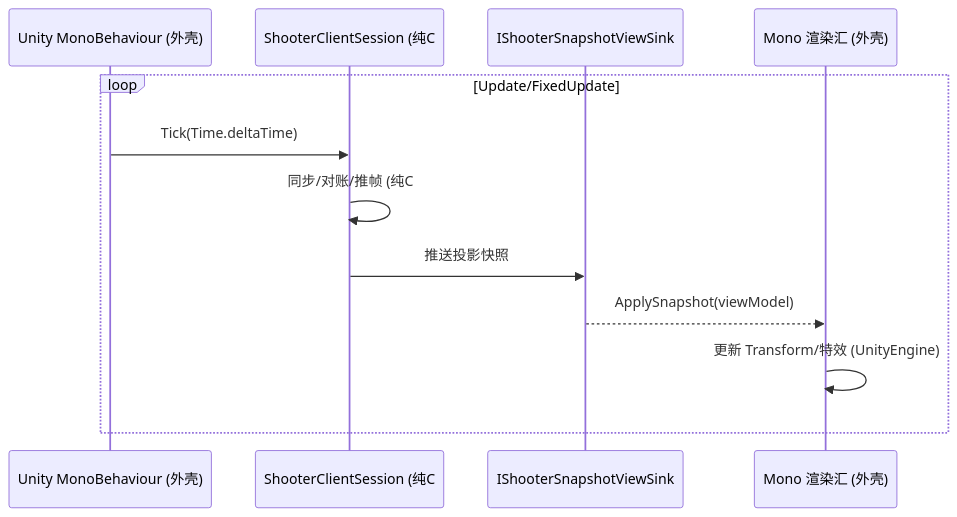
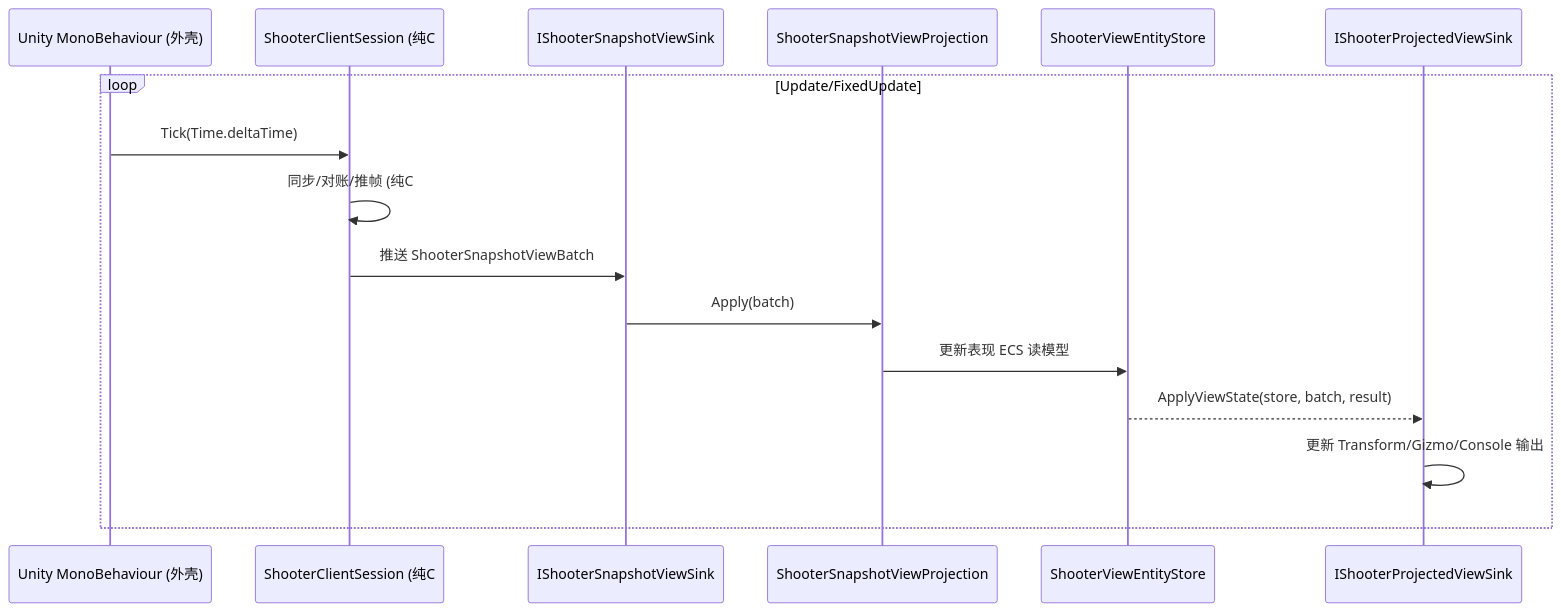
The sixth of 7 diagrams in Docs/Shooter示例View与Runtime整体设计.md (Kurumioi/AbilityKit), drawn with Mermaid before and after one commit. The commit also changed other lines of this file and 297 other files, not shown here.

````diff
--- a/Docs/Shooter示例View与Runtime整体设计.md
+++ b/Docs/Shooter示例View与Runtime整体设计.md
@@ -172,15 +197,19 @@
 ```mermaid
 sequenceDiagram
     participant U as Unity MonoBehaviour (外壳)
     participant S as ShooterClientSession (纯C#)
-    participant Sink as IShooterSnapshotViewSink
-    participant Mono as Mono 渲染汇 (外壳)
+    participant SnapshotSink as IShooterSnapshotViewSink
+    participant Projection as ShooterSnapshotViewProjection
+    participant Store as ShooterViewEntityStore
+    participant RenderSink as IShooterProjectedViewSink
 
     loop Update/FixedUpdate
         U->>S: Tick(Time.deltaTime)
         S->>S: 同步/对账/推帧 (纯C#)
-        S->>Sink: 推送投影快照
-        Sink-->>Mono: ApplySnapshot(viewModel)
-        Mono->>Mono: 更新 Transform/特效 (UnityEngine)
+        S->>SnapshotSink: 推送 ShooterSnapshotViewBatch
+        SnapshotSink->>Projection: Apply(batch)
+        Projection->>Store: 更新表现 ECS 读模型
+        Store-->>RenderSink: ApplyViewState(store, batch, result)
+        RenderSink->>RenderSink: 更新 Transform/Gizmo/Console 输出
     end
 ```
````
